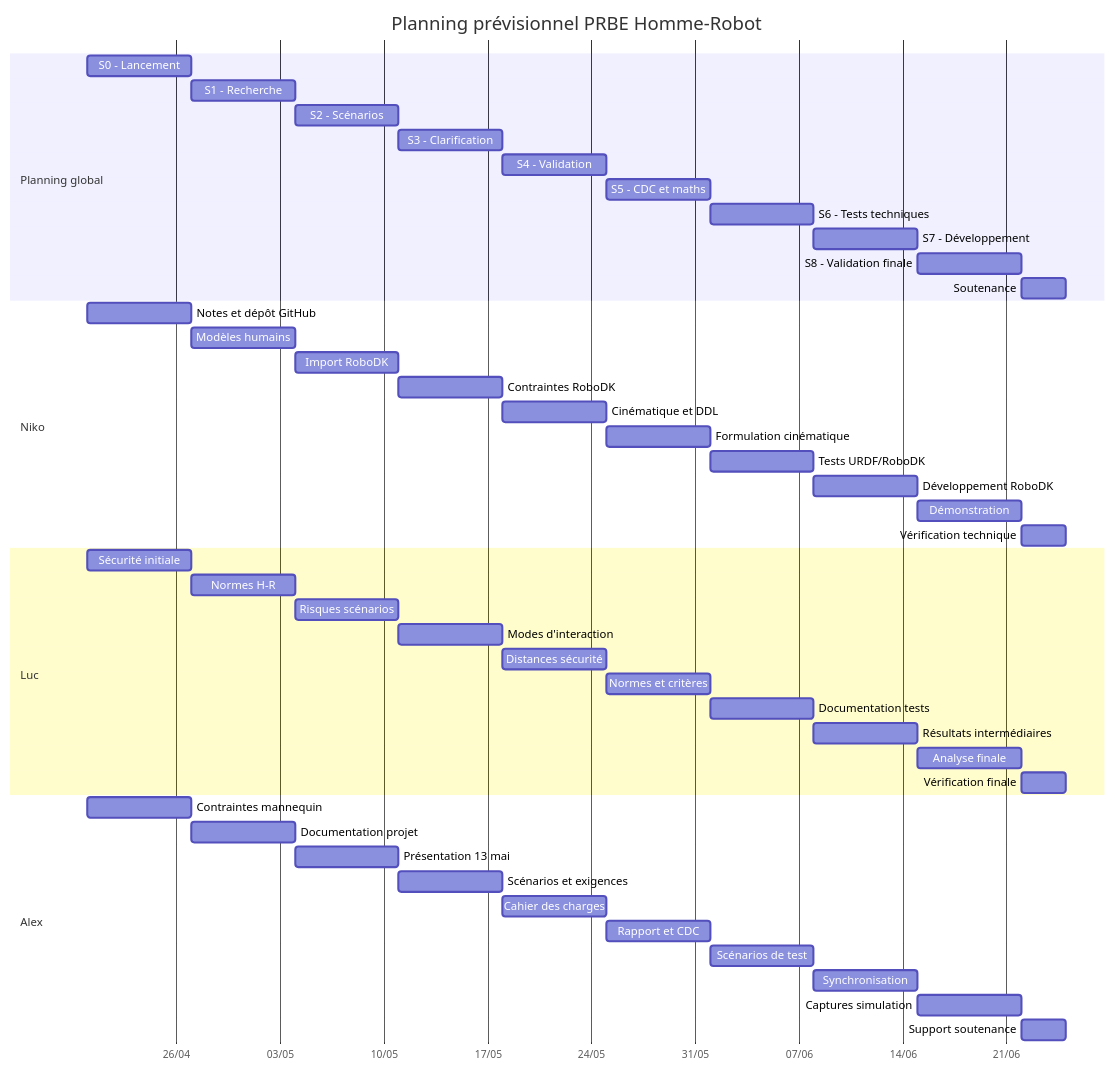
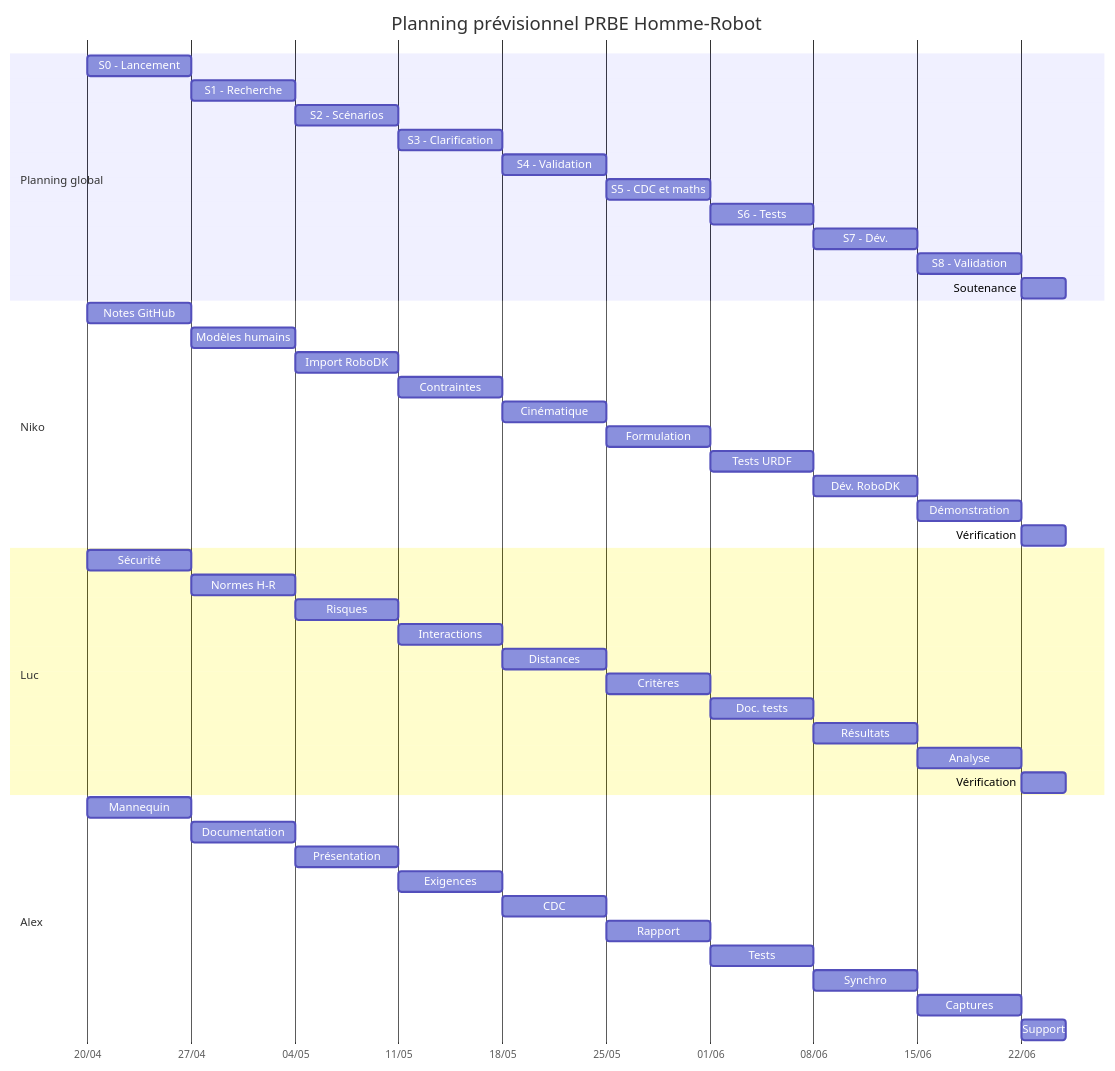
Before and after one commit to ProjectInitNiko/PRBE-Homme-Robot: the diagram in docs/cahier-des-charges.md, drawn with Mermaid.

Commit message:
docs: update gantt chart formatting

````diff
--- a/docs/cahier-des-charges.md
+++ b/docs/cahier-des-charges.md
@@ -272,54 +272,57 @@
 ```mermaid
 gantt
     title Planning prévisionnel PRBE Homme-Robot
     dateFormat  YYYY-MM-DD
     axisFormat  %d/%m
+    todayMarker off
+    tickInterval 1week
+    weekday monday
 
     section Planning global
     S0 - Lancement                  :s0, 2026-04-20, 7d
     S1 - Recherche                  :s1, 2026-04-27, 7d
     S2 - Scénarios                  :s2, 2026-05-04, 7d
     S3 - Clarification              :s3, 2026-05-11, 7d
     S4 - Validation                 :s4, 2026-05-18, 7d
     S5 - CDC et maths               :s5, 2026-05-25, 7d
-    S6 - Tests techniques           :s6, 2026-06-01, 7d
-    S7 - Développement              :s7, 2026-06-08, 7d
-    S8 - Validation finale          :s8, 2026-06-15, 7d
+    S6 - Tests                      :s6, 2026-06-01, 7d
+    S7 - Dév.                       :s7, 2026-06-08, 7d
+    S8 - Validation                 :s8, 2026-06-15, 7d
     Soutenance                      :final, 2026-06-22, 3d
 
     section Niko
-    Notes et dépôt GitHub           :n0, 2026-04-20, 7d
+    Notes GitHub                    :n0, 2026-04-20, 7d
     Modèles humains                 :n1, 2026-04-27, 7d
     Import RoboDK                   :n2, 2026-05-04, 7d
-    Contraintes RoboDK              :n3, 2026-05-11, 7d
-    Cinématique et DDL              :n4, 2026-05-18, 7d
-    Formulation cinématique         :n5, 2026-05-25, 7d
-    Tests URDF/RoboDK               :n6, 2026-06-01, 7d
-    Développement RoboDK            :n7, 2026-06-08, 7d
+    Contraintes                     :n3, 2026-05-11, 7d
+    Cinématique                     :n4, 2026-05-18, 7d
+    Formulation                     :n5, 2026-05-25, 7d
+    Tests URDF                      :n6, 2026-06-01, 7d
+    Dév. RoboDK                     :n7, 2026-06-08, 7d
     Démonstration                   :n8, 2026-06-15, 7d
-    Vérification technique          :n9, 2026-06-22, 3d
+    Vérification                    :n9, 2026-06-22, 3d
 
     section Luc
-    Sécurité initiale               :l0, 2026-04-20, 7d
+    Sécurité                        :l0, 2026-04-20, 7d
     Normes H-R                      :l1, 2026-04-27, 7d
-    Risques scénarios               :l2, 2026-05-04, 7d
-    Modes d'interaction             :l3, 2026-05-11, 7d
-    Distances sécurité              :l4, 2026-05-18, 7d
-    Normes et critères              :l5, 2026-05-25, 7d
-    Documentation tests             :l6, 2026-06-01, 7d
-    Résultats intermédiaires        :l7, 2026-06-08, 7d
-    Analyse finale                  :l8, 2026-06-15, 7d
-    Vérification finale             :l9, 2026-06-22, 3d
+    Risques                         :l2, 2026-05-04, 7d
+    Interactions                    :l3, 2026-05-11, 7d
+    Distances                       :l4, 2026-05-18, 7d
+    Critères                        :l5, 2026-05-25, 7d
+    Doc. tests                      :l6, 2026-06-01, 7d
+    Résultats                       :l7, 2026-06-08, 7d
+    Analyse                         :l8, 2026-06-15, 7d
+    Vérification                    :l9, 2026-06-22, 3d
 
     section Alex
-    Contraintes mannequin           :a0, 2026-04-20, 7d
-    Documentation projet            :a1, 2026-04-27, 7d
-    Présentation 13 mai             :a2, 2026-05-04, 7d
-    Scénarios et exigences          :a3, 2026-05-11, 7d
-    Cahier des charges              :a4, 2026-05-18, 7d
-    Rapport et CDC                  :a5, 2026-05-25, 7d
-    Scénarios de test               :a6, 2026-06-01, 7d
-    Synchronisation                 :a7, 2026-06-08, 7d
-    Captures simulation             :a8, 2026-06-15, 7d
-    Support soutenance              :a9, 2026-06-22, 3d
+    Mannequin                       :a0, 2026-04-20, 7d
+    Documentation                   :a1, 2026-04-27, 7d
+    Présentation                    :a2, 2026-05-04, 7d
+    Exigences                       :a3, 2026-05-11, 7d
+    CDC                             :a4, 2026-05-18, 7d
+    Rapport                         :a5, 2026-05-25, 7d
+    Tests                           :a6, 2026-06-01, 7d
+    Synchro                         :a7, 2026-06-08, 7d
+    Captures                        :a8, 2026-06-15, 7d
+    Support                         :a9, 2026-06-22, 3d
 ```
````
